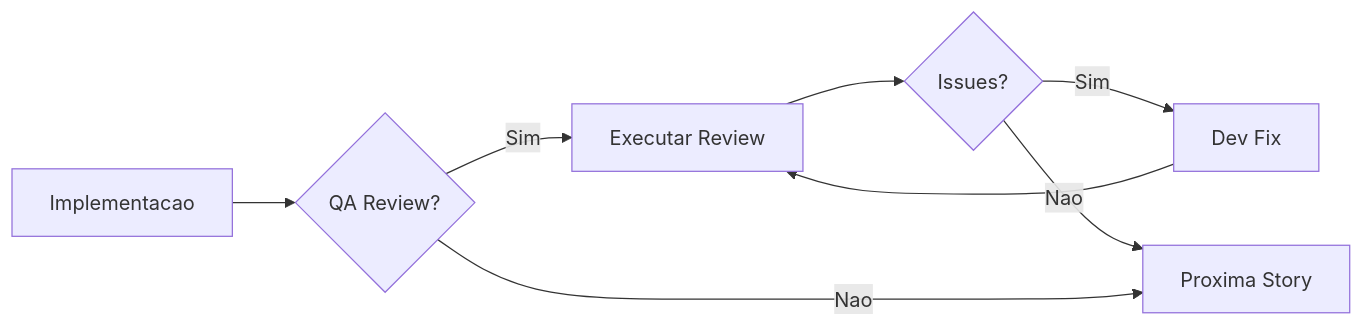
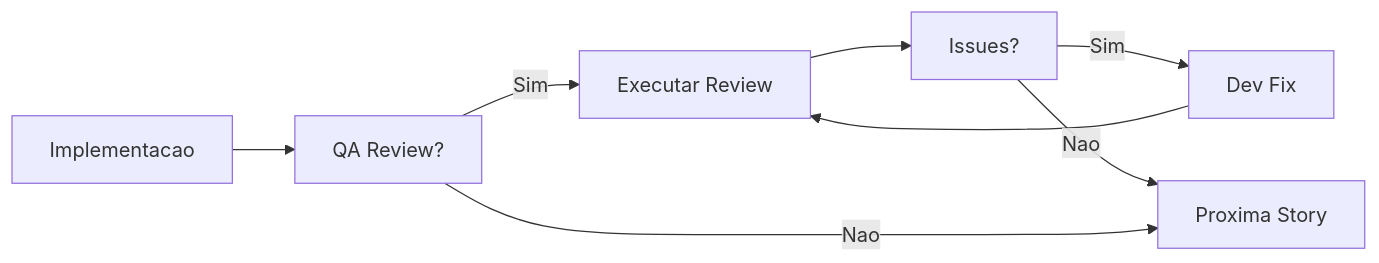
Before and after one commit to bychrisr/aios-docs: the seventh of 9 diagrams in content/en/docs/guides/workflows/BROWNFIELD-FULLSTACK-WORKFLOW.mdx, drawn with Mermaid. The commit also changed other lines of this file and 40 other files, not shown here.

````diff
--- a/content/en/docs/guides/workflows/BROWNFIELD-FULLSTACK-WORKFLOW.mdx
+++ b/content/en/docs/guides/workflows/BROWNFIELD-FULLSTACK-WORKFLOW.mdx
@@ -603,10 +603,10 @@
 ```mermaid
 flowchart LR
-    A[Implementacao] --> B{QA Review?}
+    A[Implementacao] --> B[QA Review?]
     B -->|Sim| C[Executar Review]
-    C --> D{Issues?}
+    C --> D[Issues?]
     D -->|Sim| E[Dev Fix]
     E --> C
     D -->|Nao| F[Proxima Story]
     B -->|Nao| F
 ```
````
